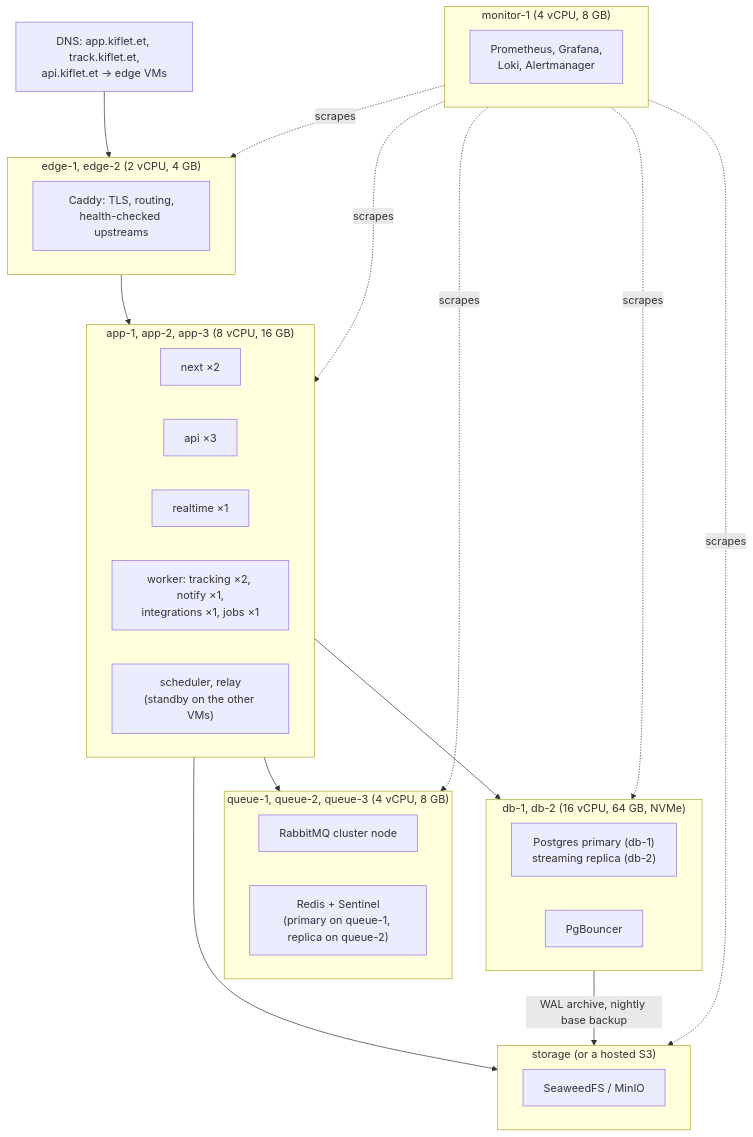
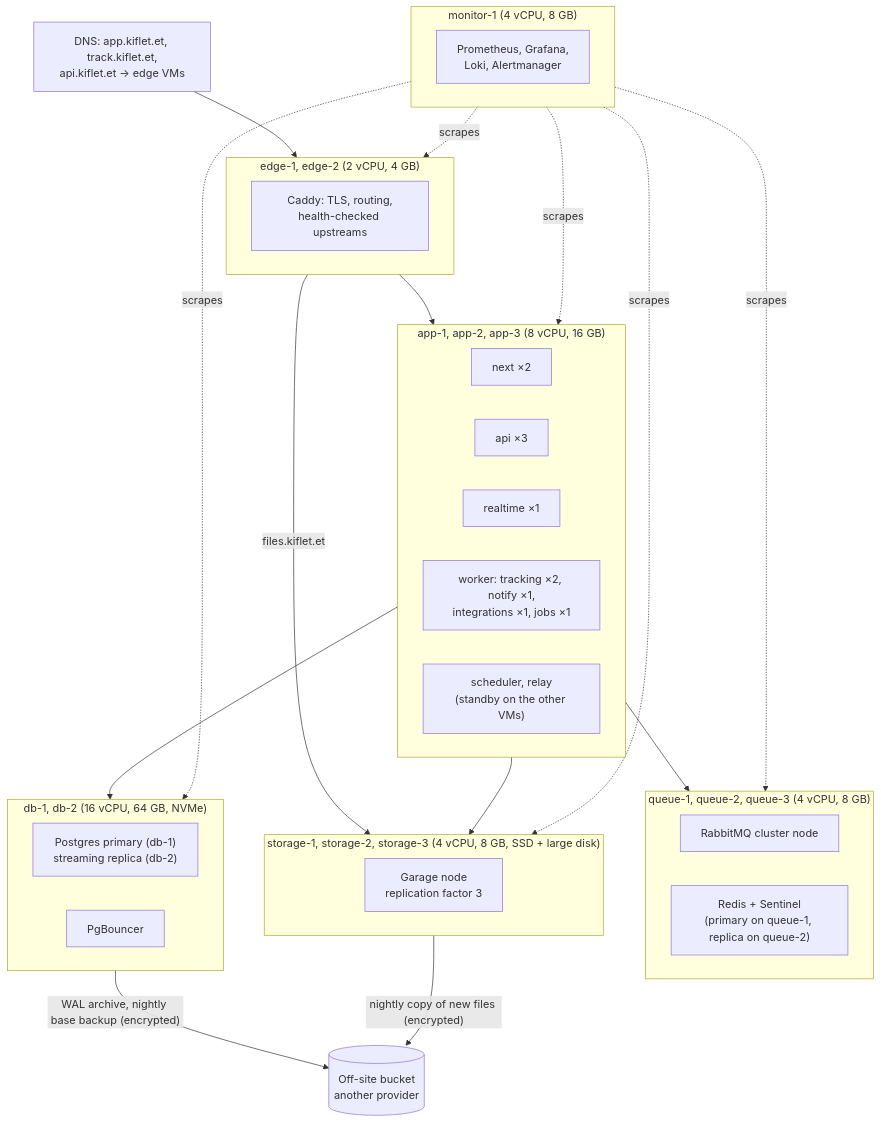
One commit to Kiflet/backend changed diagram 11 of 11 in docs/architecture.md. Above: the diagram before and after it, drawn with Mermaid. The commit also changed other lines of this file and 1 other file, not shown here.

First line of the commit message:
docs: Garage for the app's files

````diff
--- a/docs/architecture.md
+++ b/docs/architecture.md
@@ -815,41 +882,45 @@
 ```mermaid
 flowchart TB
   DNS["DNS: app.kiflet.et, track.kiflet.et,<br/>api.kiflet.et → edge VMs"]
 
   subgraph E["edge-1, edge-2 (2 vCPU, 4 GB)"]
     CAD["Caddy: TLS, routing,<br/>health-checked upstreams"]
   end
 
   subgraph A["app-1, app-2, app-3 (8 vCPU, 16 GB)"]
     NXA["next ×2"]
     APIA["api ×3"]
     RTA["realtime ×1"]
     WKA["worker: tracking ×2, notify ×1,<br/>integrations ×1, jobs ×1"]
     SCHA["scheduler, relay<br/>(standby on the other VMs)"]
   end
 
   subgraph Q["queue-1, queue-2, queue-3 (4 vCPU, 8 GB)"]
     RMQA["RabbitMQ cluster node"]
     RDSA["Redis + Sentinel<br/>(primary on queue-1, replica on queue-2)"]
   end
 
   subgraph DBV["db-1, db-2 (16 vCPU, 64 GB, NVMe)"]
     PGA["Postgres primary (db-1)<br/>streaming replica (db-2)"]
     PGBA["PgBouncer"]
   end
 
-  subgraph STV["storage (or a hosted S3)"]
-    S3A["SeaweedFS / MinIO"]
+  subgraph STV["storage-1, storage-2, storage-3 (4 vCPU, 8 GB, SSD + large disk)"]
+    S3A["Garage node<br/>replication factor 3"]
   end
+
+  OFFB[("Off-site bucket<br/>another provider")]
 
   subgraph MON["monitor-1 (4 vCPU, 8 GB)"]
     OBSA["Prometheus, Grafana,<br/>Loki, Alertmanager"]
   end
 
   DNS --> E --> A
+  E -- "files.kiflet.et" --> STV
   A --> Q
   A --> DBV
   A --> STV
-  DBV -- "WAL archive, nightly base backup" --> STV
+  DBV -- "WAL archive, nightly base backup (encrypted)" --> OFFB
+  STV -- "nightly copy of new files (encrypted)" --> OFFB
   MON -. scrapes .-> E & A & Q & DBV & STV
 ```
````
